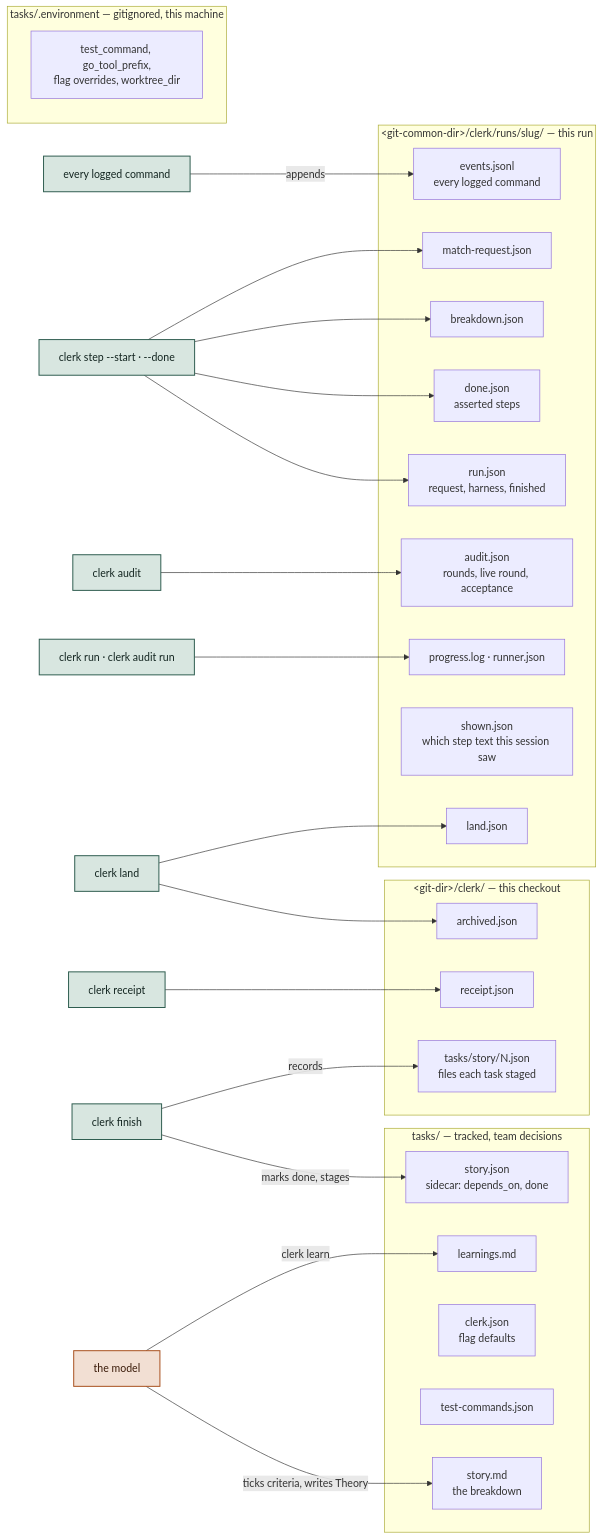
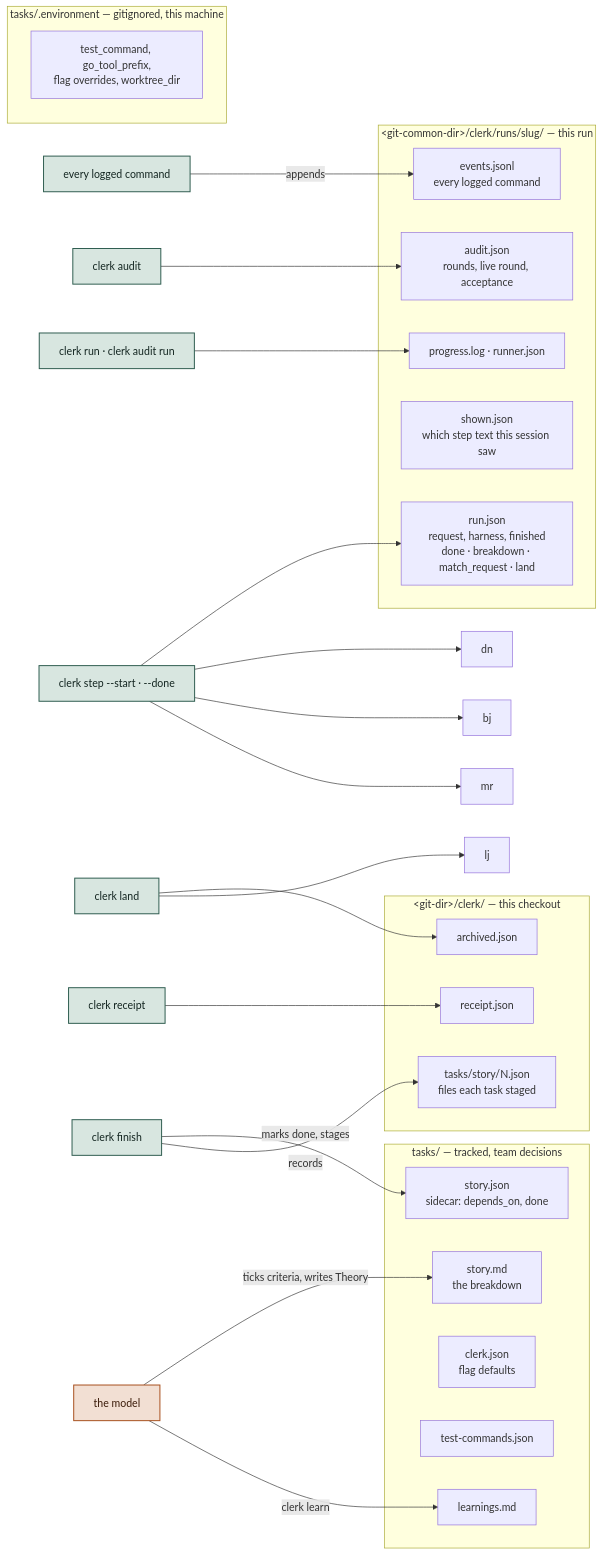
The third of 7 diagrams in docs/clerk-structure.md (hpcsc/dotfiles), drawn with Mermaid before and after one commit. The commit also changed 10 other files, not shown here.

First line of the commit message:
Keep the run's records in run.json

````diff
--- a/docs/clerk-structure.md
+++ b/docs/clerk-structure.md
@@ -75,47 +75,43 @@
 ```mermaid
 flowchart LR
   subgraph T["tasks/ — tracked, team decisions"]
     bd["story.md<br/>the breakdown"]
     sc["story.json<br/>sidecar: depends_on, done"]
     cj["clerk.json<br/>flag defaults"]
     tc["test-commands.json"]
     lp["learnings.md"]
   end
   subgraph E["tasks/.environment — gitignored, this machine"]
     env["test_command, go_tool_prefix,<br/>flag overrides, worktree_dir"]
   end
   subgraph G["&lt;git-dir&gt;/clerk/ — this checkout"]
     rc["receipt.json"]
     ar["archived.json"]
     tr["tasks/story/N.json<br/>files each task staged"]
   end
   subgraph R["&lt;git-common-dir&gt;/clerk/runs/slug/ — this run"]
-    rj["run.json<br/>request, harness, finished"]
+    rj["run.json<br/>request, harness, finished<br/>done · breakdown · match_request · land"]
     ev["events.jsonl<br/>every logged command"]
-    dn["done.json<br/>asserted steps"]
-    bj["breakdown.json"]
     aj["audit.json<br/>rounds, live round, acceptance"]
-    mr["match-request.json"]
-    lj["land.json"]
     sh["shown.json<br/>which step text this session saw"]
     pl["progress.log · runner.json"]
   end
   finish["clerk finish"]:::clerk -->|marks done, stages| sc
   finish -->|records| tr
   receipt["clerk receipt"]:::clerk --> rc
   land["clerk land"]:::clerk --> ar
   land --> lj
   logged["every logged command"]:::clerk -->|appends| ev
   step["clerk step --start · --done"]:::clerk --> rj
   step --> dn
   step --> bj
   step --> mr
   audit["clerk audit"]:::clerk --> aj
   run["clerk run · clerk audit run"]:::clerk --> pl
   model["the model"]:::you -->|ticks criteria, writes Theory| bd
   model -->|clerk learn| lp
   classDef clerk fill:#D8E6E0,stroke:#2F5D50,stroke-width:1.5px,color:#132520
   classDef you fill:#F2DFD3,stroke:#A8501E,stroke-width:1.5px,color:#3A1A08
   classDef plain fill:#EEF0EC,stroke:#5C645F,stroke-width:1px,color:#1B1F1D
   classDef file fill:#FFFFFF,stroke:#9AA39D,stroke-width:1px,color:#1B1F1D
 ```
````
